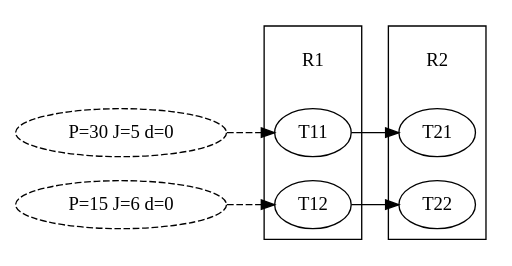
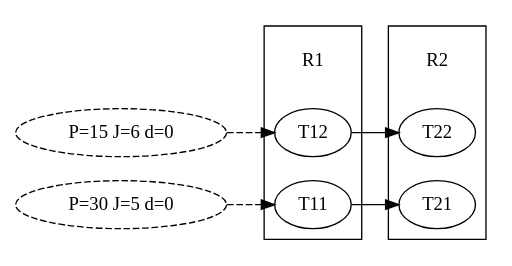
Before and after one commit to ZitongWang98/CPA4TSN-WCRT: the diagram in spp_graph.dot, drawn with Graphviz. The commit also changed other lines of this file and 21 other files, not shown here.

```diff
--- a/spp_graph.dot
+++ b/spp_graph.dot
@@ -1,37 +1,37 @@
 strict digraph {
 graph[directed="true",
 compound="true",
 rankdir="LR",
 remincross="true",
 ordering="out"];
+subgraph "cluster_R1"{
+  "R1"[color="#aaaacc",
+shape="none"];
+
+  "T12"[label="T12"];
+
+  "T11"[label="T11"];
+
+}
 subgraph "cluster_R2"{
   "R2"[color="#aaaacc",
 shape="none"];
 
   "T22"[label="T22"];
 
   "T21"[label="T21"];
 
 }
-subgraph "cluster_R1"{
-  "R1"[color="#aaaacc",
-shape="none"];
-
-  "T11"[label="T11"];
-
-  "T12"[label="T12"];
-
-}
+"T12" -> "T22"[len="10",
+constraint="True"];
+"P=15 J=6 d=0"[len="100",
+style="dashed"];
+"P=15 J=6 d=0" -> "T12"[constraint="True",
+style="dashed"];
 "T11" -> "T21"[len="10",
 constraint="True"];
 "P=30 J=5 d=0"[len="100",
 style="dashed"];
 "P=30 J=5 d=0" -> "T11"[constraint="True",
 style="dashed"];
-"T12" -> "T22"[len="10",
-constraint="True"];
-"P=15 J=6 d=0"[len="100",
-style="dashed"];
-"P=15 J=6 d=0" -> "T12"[constraint="True",
-style="dashed"];
 }
```
